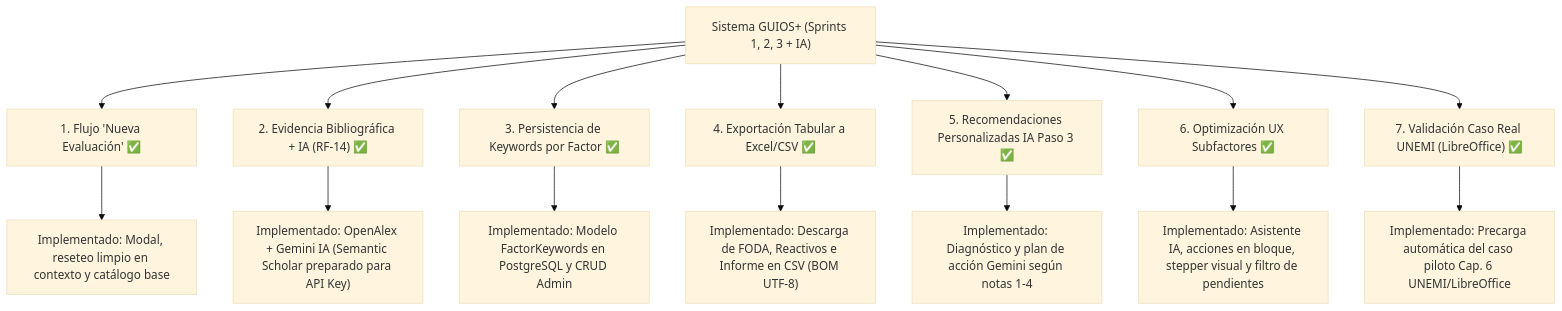
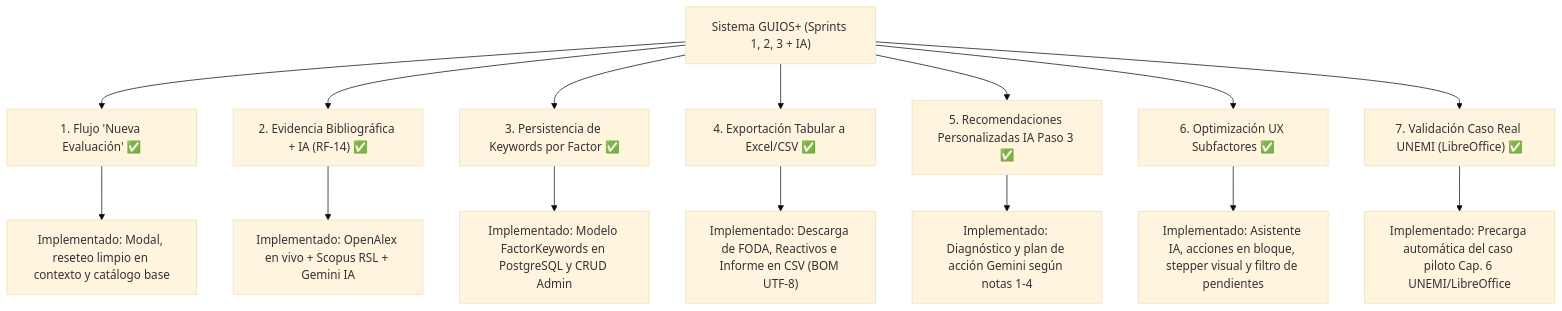
One commit to LuisAngulo02/GUIOS- changed the second of 2 diagrams in docs/PLAN_DE_DESARROLLO.md. Above: the diagram before and after it, drawn with Mermaid (base theme). The commit also changed other lines of this file and 15 other files, not shown here.

Commit message:
docs: manual de usuario exhaustivo, registro de evaluador en frontend y remocion de semantic scholar

````diff
--- a/docs/PLAN_DE_DESARROLLO.md
+++ b/docs/PLAN_DE_DESARROLLO.md
@@ -188,18 +188,18 @@
 ```mermaid
 flowchart TD
     A["Sistema GUIOS+ (Sprints 1, 2, 3 + IA)"] --> B["1. Flujo 'Nueva Evaluación' ✅"]
     A --> C["2. Evidencia Bibliográfica + IA (RF-14) ✅"]
     A --> D["3. Persistencia de Keywords por Factor ✅"]
     A --> E["4. Exportación Tabular a Excel/CSV ✅"]
     A --> G["5. Recomendaciones Personalizadas IA Paso 3 ✅"]
     A --> H["6. Optimización UX Subfactores ✅"]
     A --> F["7. Validación Caso Real UNEMI (LibreOffice) ✅"]
 
     B --> B1["Implementado: Modal, reseteo limpio en contexto y catálogo base"]
-    C --> C1["Implementado: OpenAlex + Gemini IA (Semantic Scholar preparado para API Key)"]
+    C --> C1["Implementado: OpenAlex en vivo + Scopus RSL + Gemini IA"]
     D --> D1["Implementado: Modelo FactorKeywords en PostgreSQL y CRUD Admin"]
     E --> E1["Implementado: Descarga de FODA, Reactivos e Informe en CSV (BOM UTF-8)"]
     G --> G1["Implementado: Diagnóstico y plan de acción Gemini según notas 1-4"]
     H --> H1["Implementado: Asistente IA, acciones en bloque, stepper visual y filtro de pendientes"]
     F --> F1["Implementado: Precarga automática del caso piloto Cap. 6 UNEMI/LibreOffice"]
 ```
````
